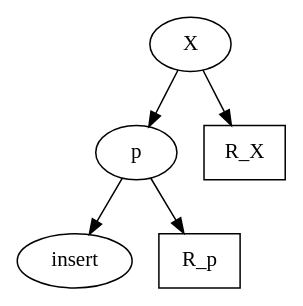
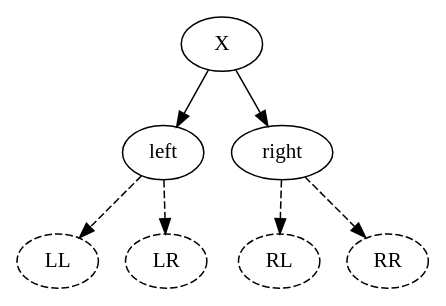
One commit to Meidozuki/Meidozuki.github.io changed the third of 3 diagrams in 3-Tree/Advanced.md. Above: the diagram before and after it, drawn with Graphviz. The commit also changed other lines of this file and 3 other files, not shown here.

Commit message:
尝试分离graphviz

````diff
--- a/3-Tree/Advanced.md
+++ b/3-Tree/Advanced.md
@@ -54,13 +111,12 @@
 ```graphviz
 digraph  {
-    subgraph {
-        X->p
-        X->R_X
-        p->insert
-        p->R_p
-        
-        R_X[shape=box]
-        R_p[shape=box]
-    }
+    X->left
+    X->right
+    node[style=dashed]
+    edge[style=dashed]
+    left->LL
+    left->LR
+    right->RL
+    right->RR
 }
 ```
````
